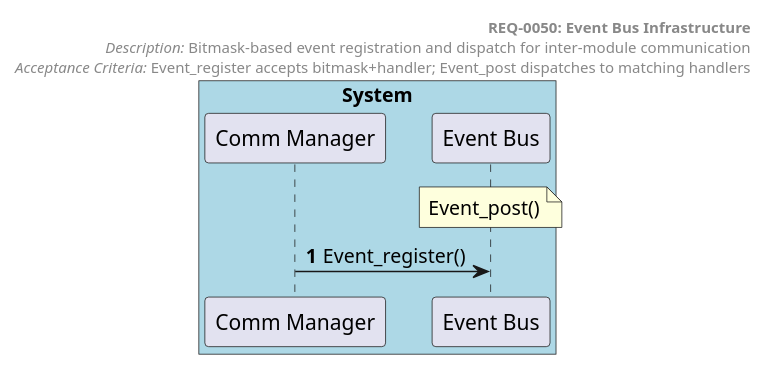
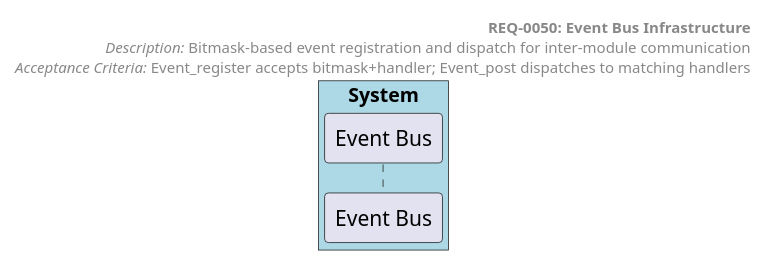
The diagram in docs/generated/sequences/REQ-0050.puml (tvanfossen/doxygen-guard-example), drawn with PlantUML before and after one commit. The commit also changed 18 other files, not shown here.

First line of the commit message:
Add provisioning example, regenerate all diagrams with AST pipeline

```diff
--- a/docs/generated/sequences/REQ-0050.puml
+++ b/docs/generated/sequences/REQ-0050.puml
@@ -1,19 +1,15 @@
 @startuml REQ-0050 Event Bus Infrastructure
 autonumber
 
 box "System" #LightBlue
-  participant "Comm Manager" as Comm_Manager
   participant "Event Bus" as Event_Bus
 end box
 
 header
   **REQ-0050: Event Bus Infrastructure**
   //Description:// Bitmask-based event registration and dispatch for inter-module communication
   //Acceptance Criteria:// Event_register accepts bitmask+handler; Event_post dispatches to matching handlers
 end header
 
-note over Event_Bus: Event_post()
-
-Comm_Manager -> Event_Bus: Event_register()
 
 @enduml
```
